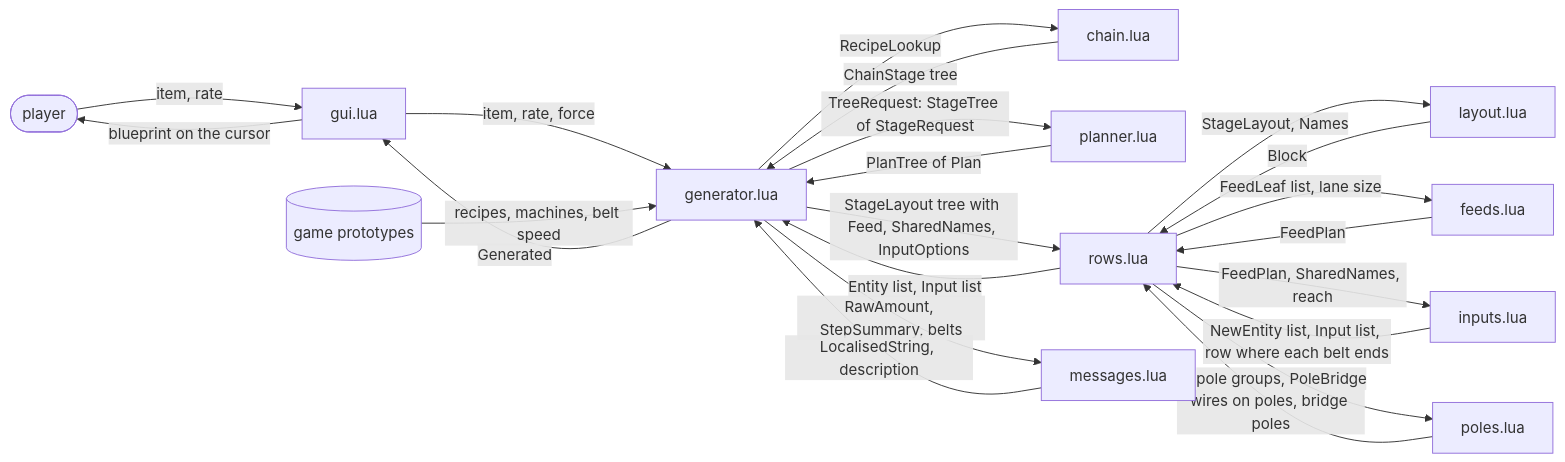
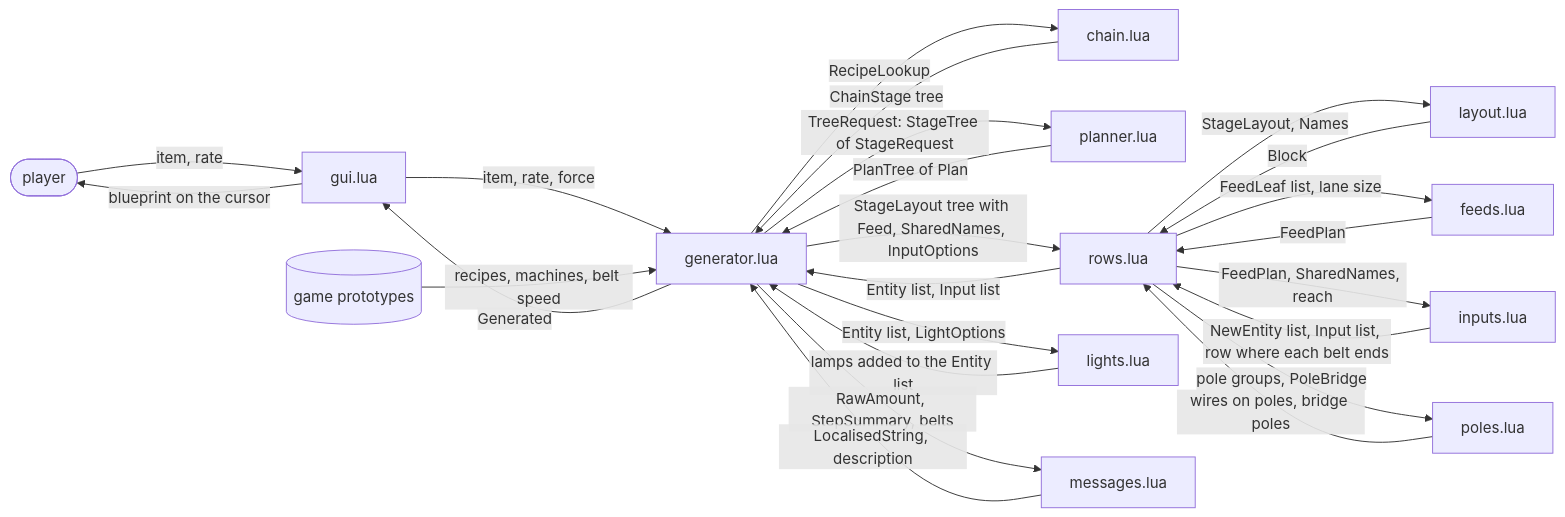
Before and after one commit to RibbonedAce/factorio-blueprint-generation: the first of 5 diagrams in TYPES.md, drawn with Mermaid. The commit also changed other lines of this file and 10 other files, not shown here.

````diff
--- a/TYPES.md
+++ b/TYPES.md
@@ -18,27 +18,29 @@
 ```mermaid
 flowchart LR
   player([player]) -->|"item, rate"| gui["gui.lua"]
   gui -->|"item, rate, force"| generator["generator.lua"]
   prototypes[("game prototypes")] -->|"recipes, machines, belt speed"| generator
 
   generator -->|"RecipeLookup"| chain["chain.lua"]
   chain -->|"ChainStage tree"| generator
   generator -->|"TreeRequest: StageTree of StageRequest"| planner["planner.lua"]
   planner -->|"PlanTree of Plan"| generator
 
   generator -->|"StageLayout tree with Feed, SharedNames, InputOptions"| rows["rows.lua"]
   rows -->|"StageLayout, Names"| layout["layout.lua"]
   layout -->|"Block"| rows
   rows -->|"FeedLeaf list, lane size"| feeds["feeds.lua"]
   feeds -->|"FeedPlan"| rows
   rows -->|"FeedPlan, SharedNames, reach"| inputs["inputs.lua"]
   inputs -->|"NewEntity list, Input list, row where each belt ends"| rows
   rows -->|"pole groups, PoleBridge"| poles["poles.lua"]
   poles -->|"wires on poles, bridge poles"| rows
   rows -->|"Entity list, Input list"| generator
+  generator -->|"Entity list, LightOptions"| lights["lights.lua"]
+  lights -->|"lamps added to the Entity list"| generator
 
   generator -->|"RawAmount, StepSummary, belts"| messages["messages.lua"]
   messages -->|"LocalisedString, description"| generator
   generator -->|"Generated"| gui
   gui -->|"blueprint on the cursor"| player
 ```
````
